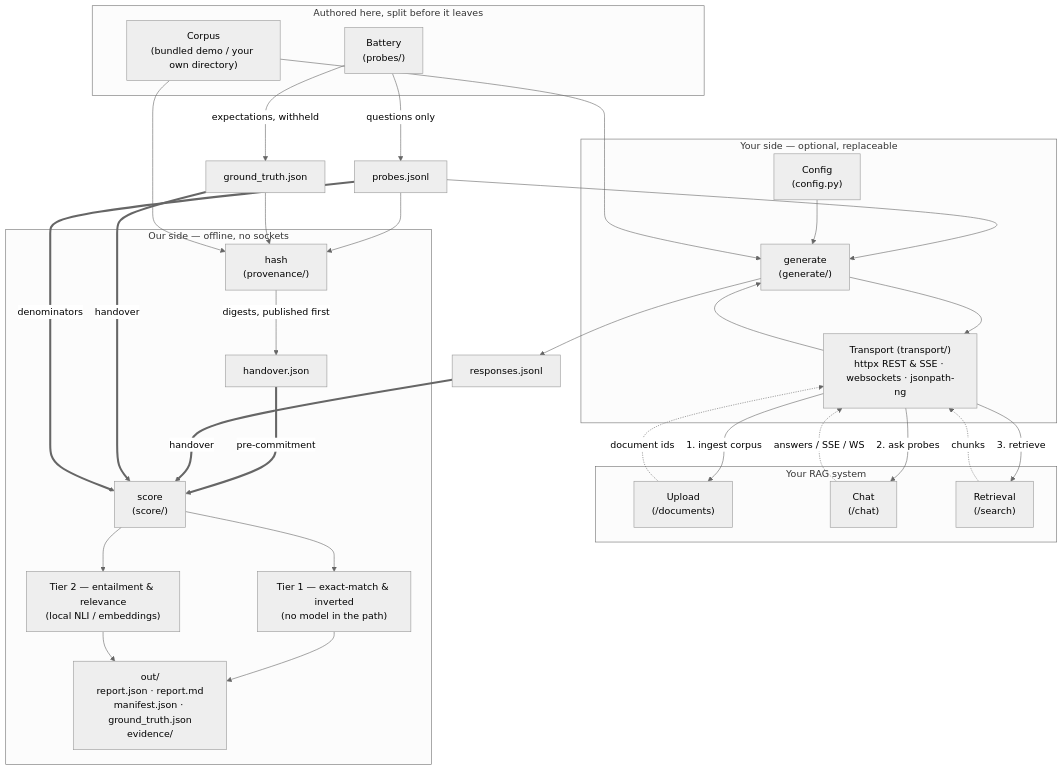
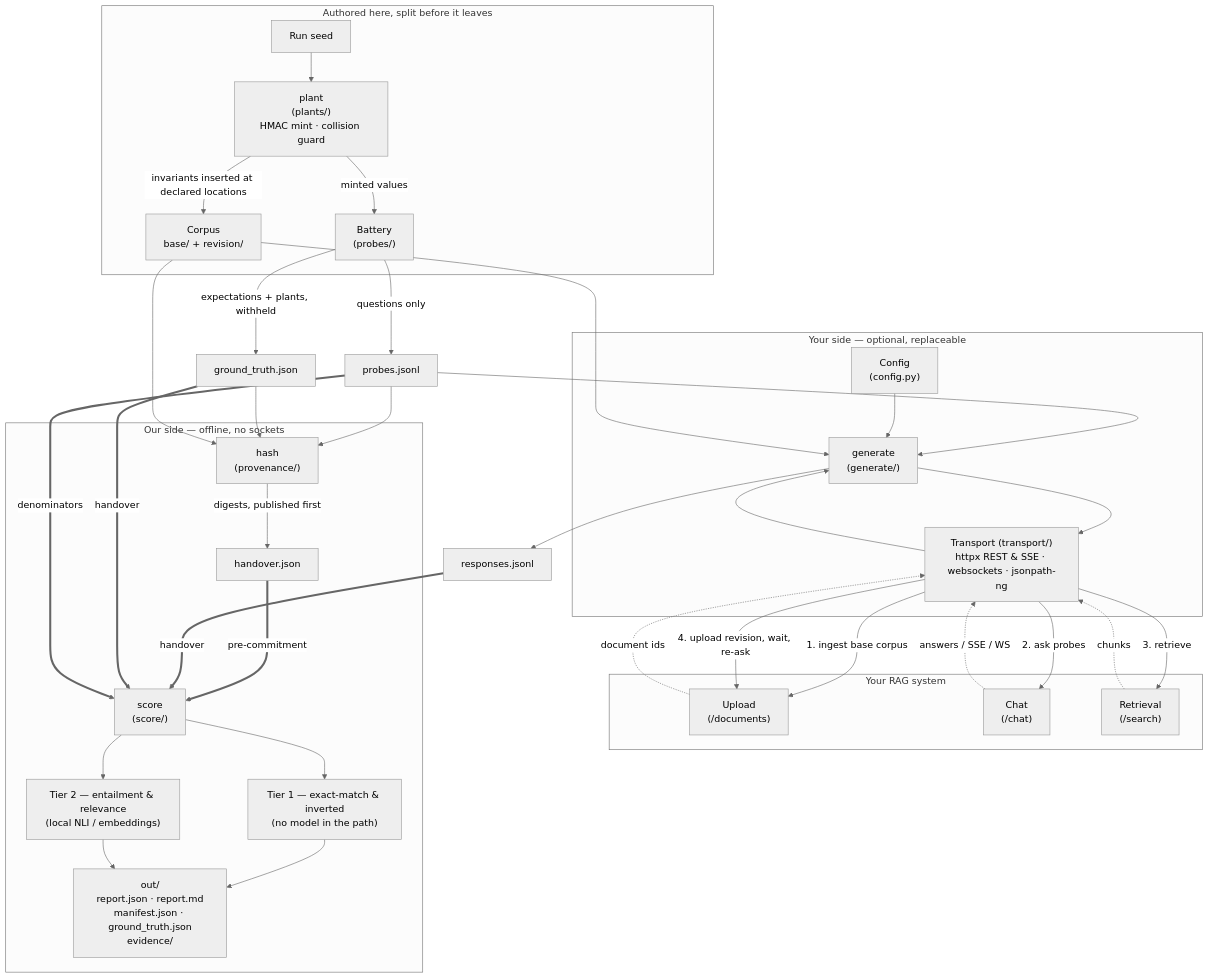
One commit to azterizm/legal-rag-audit changed the diagram in README.md. Above: the diagram before and after it, drawn with Mermaid (neutral theme). The commit also changed other lines of this file and 66 other files, not shown here.

````diff
--- a/README.md
+++ b/README.md
@@ -164,52 +172,58 @@
 ```mermaid
 flowchart TD
     subgraph Authoring ["Authored here, split before it leaves"]
+        SEED["Run seed"]
+        PLANT["plant<br/>(plants/)<br/>HMAC mint · collision guard"]
         BATTERY["Battery<br/>(probes/)"]
-        CORPUS["Corpus<br/>(bundled demo / your own directory)"]
+        CORPUS["Corpus<br/>base/ + revision/"]
     end
     subgraph Theirs ["Your side — optional, replaceable"]
         CFG["Config<br/>(config.py)"]
         GEN["generate<br/>(generate/)"]
         TRANSPORT["Transport (transport/)<br/>httpx REST & SSE · websockets · jsonpath-ng"]
     end
     subgraph Target ["Your RAG system"]
         UPLOAD_EP["Upload<br/>(/documents)"]
         CHAT_EP["Chat<br/>(/chat)"]
         RET_EP["Retrieval<br/>(/search)"]
     end
     subgraph Ours ["Our side — offline, no sockets"]
         HASH["hash<br/>(provenance/)"]
         HANDOVER["handover.json"]
         SCORE["score<br/>(score/)"]
         E_EXACT["Tier 1 — exact-match & inverted<br/>(no model in the path)"]
         E_NLI["Tier 2 — entailment & relevance<br/>(local NLI / embeddings)"]
         REP_JSON["out/<br/>report.json · report.md<br/>manifest.json · ground_truth.json<br/>evidence/"]
     end
 
+    SEED --> PLANT
+    PLANT -->|invariants inserted at declared locations| CORPUS
+    PLANT -->|minted values| BATTERY
     BATTERY -->|questions only| PROBES["probes.jsonl"]
-    BATTERY -->|expectations, withheld| GT["ground_truth.json"]
+    BATTERY -->|expectations + plants, withheld| GT["ground_truth.json"]
     PROBES --> HASH
     GT --> HASH
     CORPUS --> HASH
     HASH -->|digests, published first| HANDOVER
     HANDOVER ==>|pre-commitment| SCORE
     PROBES --> GEN
     CFG --> GEN
     CORPUS --> GEN
     GEN --> TRANSPORT
-    TRANSPORT -->|1. ingest corpus| UPLOAD_EP
+    TRANSPORT -->|1. ingest base corpus| UPLOAD_EP
     TRANSPORT -->|2. ask probes| CHAT_EP
     TRANSPORT -->|3. retrieve| RET_EP
+    TRANSPORT -->|4. upload revision, wait, re-ask| UPLOAD_EP
     UPLOAD_EP -.->|document ids| TRANSPORT
     CHAT_EP -.->|answers / SSE / WS| TRANSPORT
     RET_EP -.->|chunks| TRANSPORT
     TRANSPORT --> GEN
     GEN --> RESP["responses.jsonl"]
     RESP ==>|handover| SCORE
     GT ==>|handover| SCORE
     PROBES ==>|denominators| SCORE
     SCORE --> E_EXACT
     SCORE --> E_NLI
     E_EXACT --> REP_JSON
     E_NLI --> REP_JSON
 ```
````
